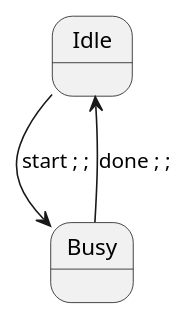
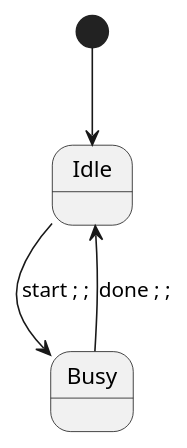
One commit to Kuniwak/puml-parallel changed the diagram in examples/valid/test_sync2.puml. Above: the diagram before and after it, drawn with PlantUML. The commit also changed 7 other files, not shown here.

```diff
--- a/examples/valid/test_sync2.puml
+++ b/examples/valid/test_sync2.puml
@@ -1,6 +1,7 @@
 @startuml
 state "Idle" as i
 state "Busy" as b
+[*] --> i
 i --> b : start ; ; 
 b --> i : done ; ; 
 @enduml
```
